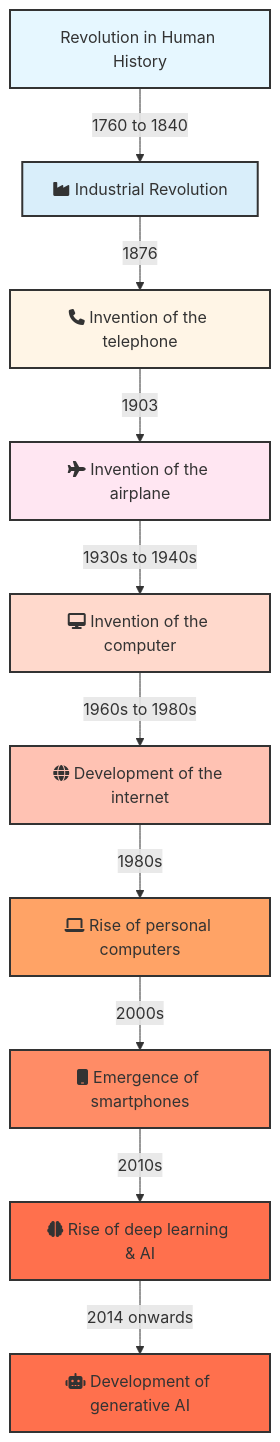
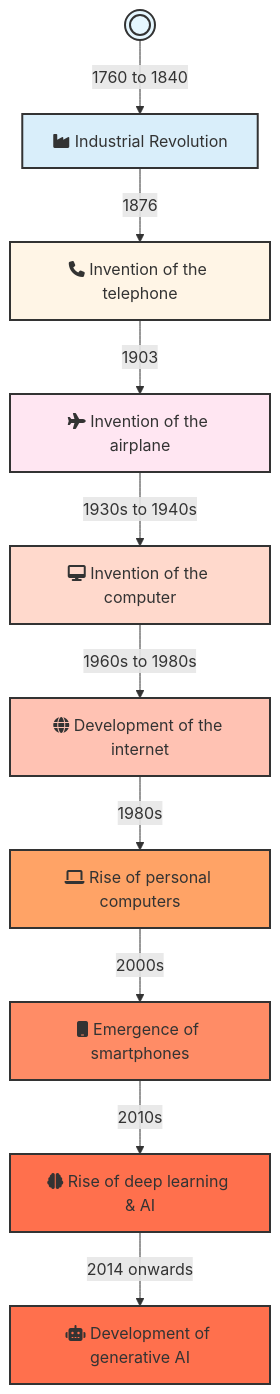
Before and after one commit to salman497/AI-Testing: the diagram in session-1/1-rise-of-gen-ai.md, drawn with Mermaid.

```diff
--- a/session-1/1-rise-of-gen-ai.md
+++ b/session-1/1-rise-of-gen-ai.md
@@ -2,42 +2,44 @@
 ::: mermaid 
 graph TD
-    J[Revolution in Human History]
+    J((( )))
+    J --> |1760 to 1840| K
     K[fa:fa-industry Industrial Revolution]
+    K --> |1876| L
     L[fa:fa-phone Invention of the telephone]
     M[fa:fa-plane Invention of the airplane]
+    L --> |1903| M
     N[fa:fa-desktop Invention of the computer]
-    O[fa:fa-globe Development of the internet]
-    P[fa:fa-laptop Rise of personal computers]
-    Q[fa:fa-mobile Emergence of smartphones]
-    R[fa:fa-brain Rise of deep learning & AI]
-    S[fa:fa-robot Development of generative AI]
-    J --> |1760 to 1840| K
-    K --> |1876| L
-    L --> |1903| M
     M --> |1930s to 1940s| N
-    N --> |1960s to 1980s| O
-    O --> |1980s| P
-    P --> |2000s| Q
-    Q --> |2010s| R
-    R --> |2014 onwards| S
+   O[fa:fa-globe Development of the internet]
+   N --> |1960s to 1980s| O
+   P[fa:fa-laptop Rise of personal computers]
+   O --> |1980s| P
+   Q[fa:fa-mobile Emergence of smartphones]
+   P --> |2000s| Q
+   R[fa:fa-brain Rise of deep learning & AI]
+   Q --> |2010s| R
+   S[fa:fa-robot Development of generative AI]
+   R --> |2014 onwards| S
+    
+    
     classDef style1 fill:#e6f7ff,stroke:#333,stroke-width:2px;
     classDef style2 fill:#d9eefa,stroke:#333,stroke-width:2px;
     classDef style3 fill:#fff5e6,stroke:#333,stroke-width:2px;
     classDef style4 fill:#ffe6f2,stroke:#333,stroke-width:2px;
     classDef style5 fill:#ffd9cc,stroke:#333,stroke-width:2px;
     classDef style6 fill:#ffc2b3,stroke:#333,stroke-width:2px;
     classDef style7 fill:#ffa366,stroke:#333,stroke-width:2px;
     classDef style8 fill:#ff8c66,stroke:#333,stroke-width:2px;
     classDef style9 fill:#ff704d,stroke:#333,stroke-width:2px;
     class J style1;
     class K style2;
     class L style3;
     class M style4;
     class N style5;
     class O style6;
     class P style7;
     class Q style8;
     class R style9;
     class S style9;
 
 :::
```
